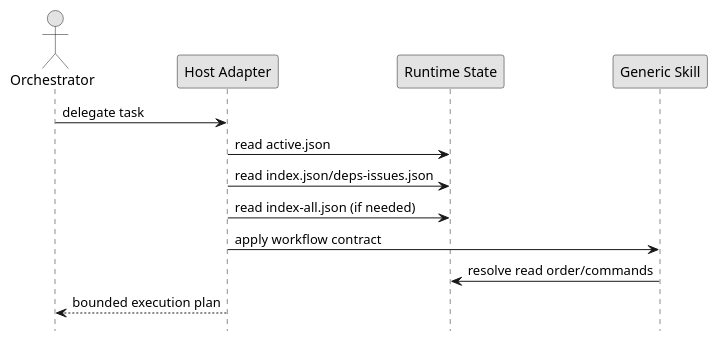
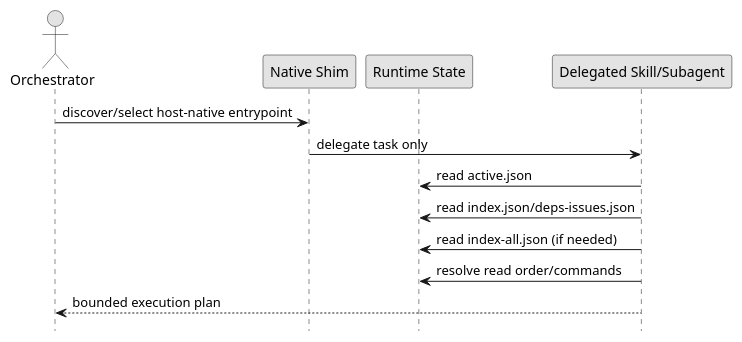
One commit to chemitaro/spec-dock changed the third of 3 diagrams in spec-dock/initiatives/init-local-00002-prototype-feature-expansion/epics/epic-00048-agent-facing-interface-hardening-and-host-adapter-scaffolding/design.md. Above: the diagram before and after it, drawn with PlantUML. The commit also changed other lines of this file and 11 other files, not shown here.

````diff
--- a/spec-dock/initiatives/init-local-00002-prototype-feature-expansion/epics/epic-00048-agent-facing-interface-hardening-and-host-adapter-scaffolding/design.md
+++ b/spec-dock/initiatives/init-local-00002-prototype-feature-expansion/epics/epic-00048-agent-facing-interface-hardening-and-host-adapter-scaffolding/design.md
@@ -234,19 +296,19 @@
 ```plantuml
 @startuml
 skinparam monochrome true
 hide footbox
 
 actor Orchestrator
-participant "Host Adapter" as Adapter
+participant "Native Shim" as Shim
 participant "Runtime State" as State
-participant "Generic Skill" as Skill
+participant "Delegated Skill/Subagent" as Skill
 
-Orchestrator -> Adapter: delegate task
-Adapter -> State: read active.json
-Adapter -> State: read index.json/deps-issues.json
-Adapter -> State: read index-all.json (if needed)
-Adapter -> Skill: apply workflow contract
+Orchestrator -> Shim: discover/select host-native entrypoint
+Shim -> Skill: delegate task only
+Skill -> State: read active.json
+Skill -> State: read index.json/deps-issues.json
+Skill -> State: read index-all.json (if needed)
 Skill -> State: resolve read order/commands
-Adapter --> Orchestrator: bounded execution plan
+Skill --> Orchestrator: bounded execution plan
 @enduml
 ```
````
